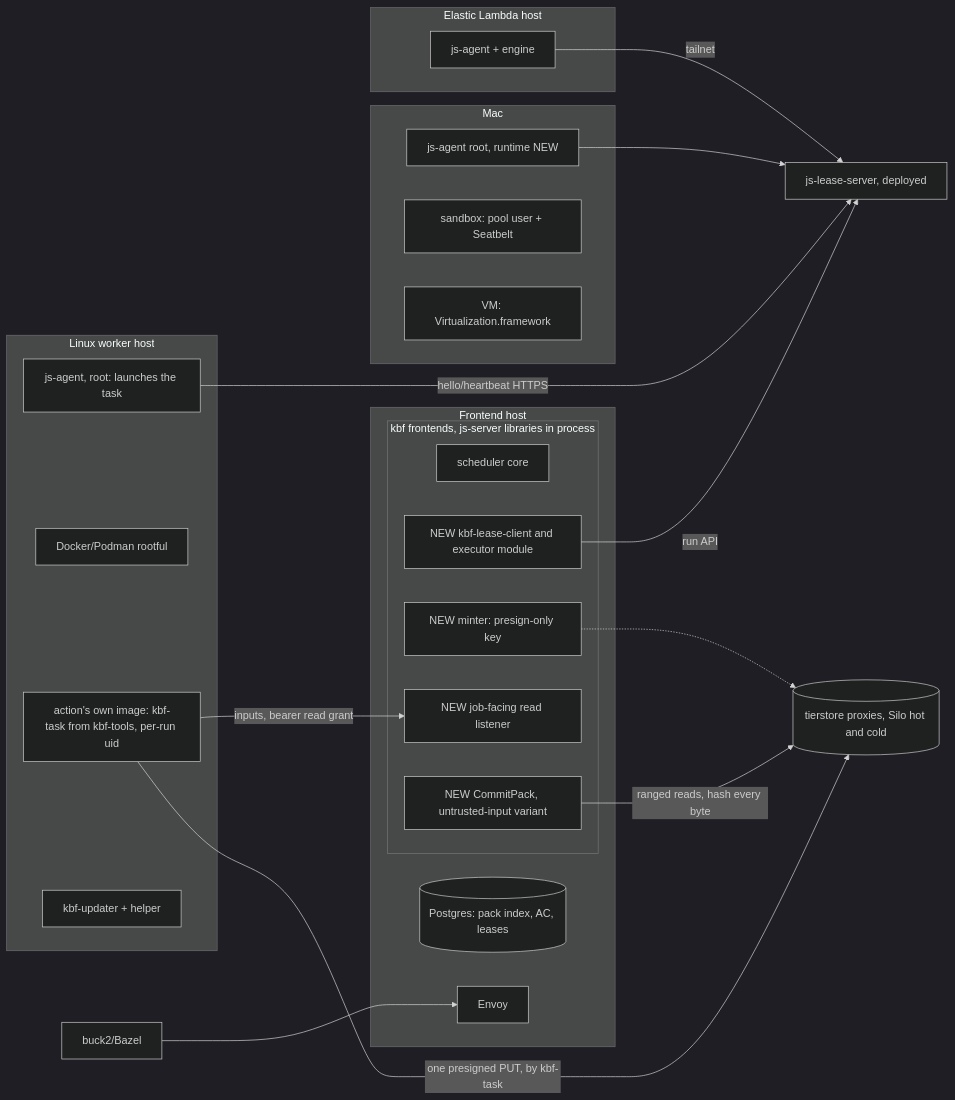
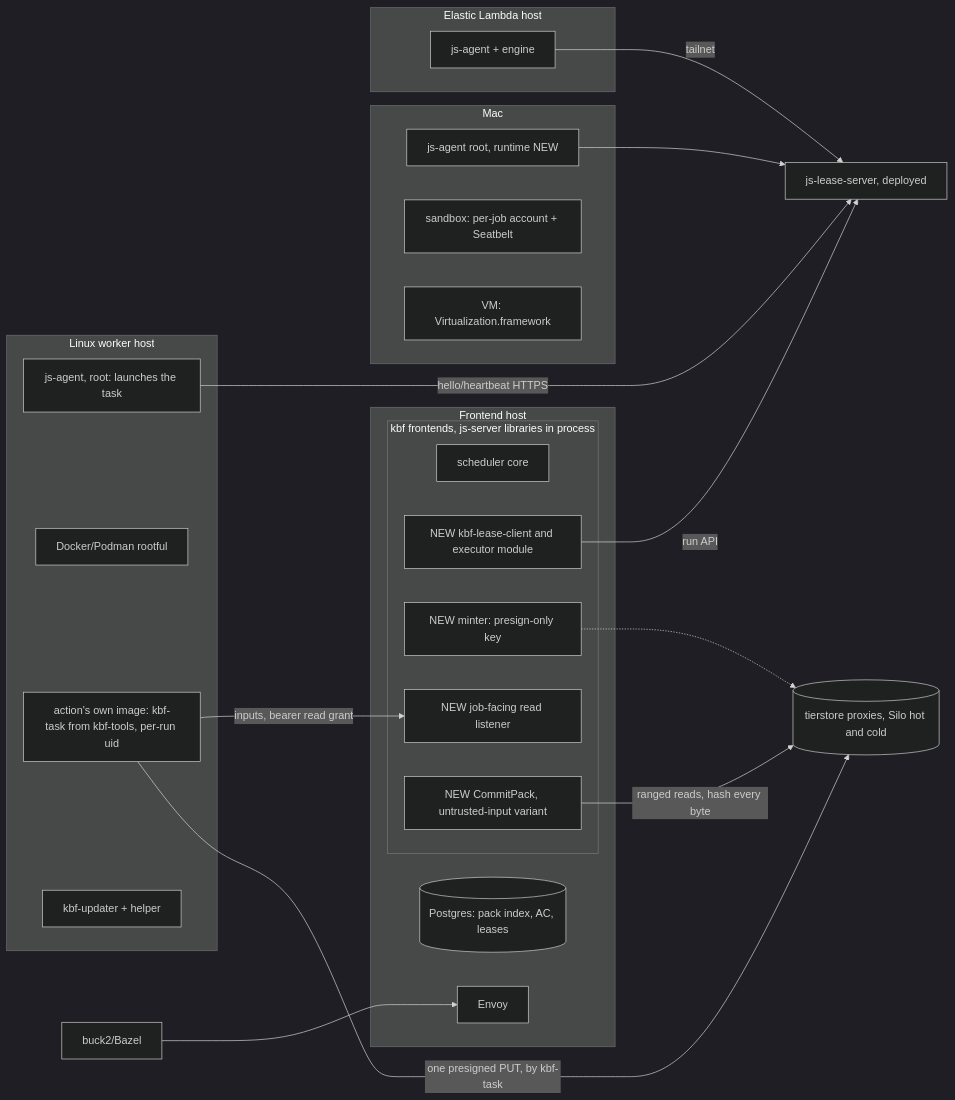
One commit to komira-ai/jobscheduler changed the second of 14 diagrams in docs/design/kbf-on-js-agent.md. Above: the diagram before and after it, drawn with Mermaid (dark theme). The commit also changed other lines of this file and 15 other files, not shown here.

Commit message:
docs: an account per native job replaces the pool of reused accounts

````diff
--- a/docs/design/kbf-on-js-agent.md
+++ b/docs/design/kbf-on-js-agent.md
@@ -134,38 +134,38 @@
 ```mermaid
 flowchart LR
   client[buck2/Bazel] --> envoy
   subgraph FE[Frontend host]
     envoy[Envoy]
     subgraph FP[kbf frontends, js-server libraries in process]
       core[scheduler core]
       lc[NEW kbf-lease-client and executor module]
       mint[NEW minter: presign-only key]
       inp[NEW job-facing read listener]
       cp[NEW CommitPack, untrusted-input variant]
     end
     pg[(Postgres: pack index, AC, leases)]
   end
   ls[js-lease-server, deployed]
   subgraph LW[Linux worker host]
     ag[js-agent, root: launches the task]
     eng[Docker/Podman rootful]
     task[action's own image: kbf-task from kbf-tools, per-run uid]
     lupd[kbf-updater + helper]
   end
   subgraph MC[Mac]
     mag[js-agent root, runtime NEW]
-    sb[sandbox: pool user + Seatbelt]
+    sb[sandbox: per-job account + Seatbelt]
     vm[VM: Virtualization.framework]
   end
   subgraph EL[Elastic Lambda host]
     eag[js-agent + engine]
   end
   lc -- run API --> ls
   ag -- hello/heartbeat HTTPS --> ls
   mag --> ls
   eag -- tailnet --> ls
   task -- inputs, bearer read grant --> inp
   task -- one presigned PUT, by kbf-task --> store[(tierstore proxies, Silo hot and cold)]
   cp -- ranged reads, hash every byte --> store
   mint -.-> store
 ```
````
